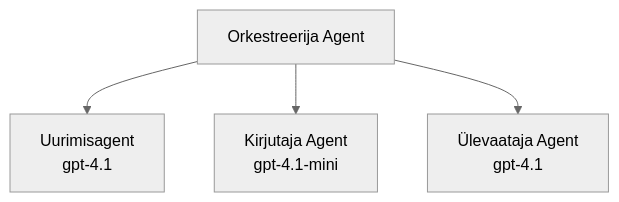
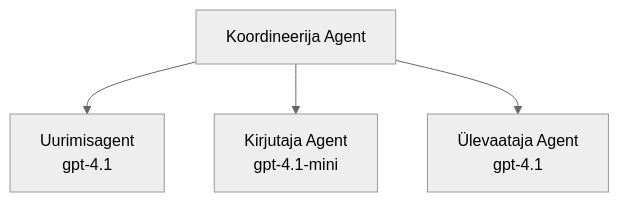
The third of 3 diagrams in translations/et/docs/chapter-02-ai-development/agents.md (microsoft/AZD-for-beginners), drawn with Mermaid (neutral theme) before and after one commit. The commit also changed other lines of this file and 104 other files, not shown here.

````diff
--- a/translations/et/docs/chapter-02-ai-development/agents.md
+++ b/translations/et/docs/chapter-02-ai-development/agents.md
@@ -194,6 +201,6 @@
 ```mermaid
 graph TD
-    Orchestrator[Orkestreerija Agent] --> Research[Uurimisagent<br/>gpt-4.1]
+    Orchestrator[Koordineerija Agent] --> Research[Uurimisagent<br/>gpt-4.1]
     Orchestrator --> Writer[Kirjutaja Agent<br/>gpt-4.1-mini]
     Orchestrator --> Reviewer[Ülevaataja Agent<br/>gpt-4.1]
 ```
````
